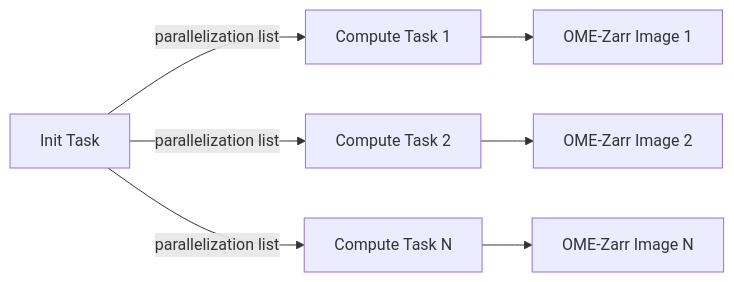
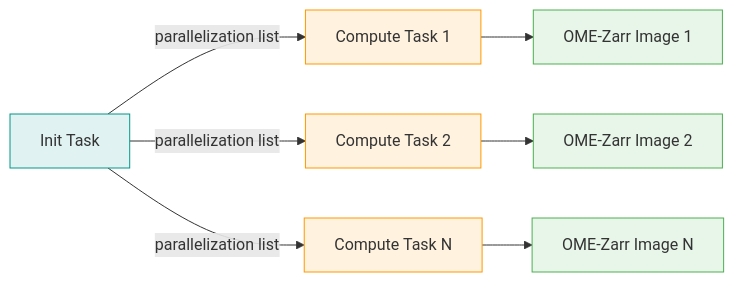
Before and after one commit to BioVisionCenter/ome-zarr-converters-tools: the diagram in docs/converters_as_fractal_tasks.md, drawn with Mermaid. The commit also changed 1 other file, not shown here.

Commit message:
update style

````diff
--- a/docs/converters_as_fractal_tasks.md
+++ b/docs/converters_as_fractal_tasks.md
@@ -17,9 +17,17 @@
 ```mermaid
 graph LR
     A[Init Task] -->|parallelization list| B[Compute Task 1]
     A -->|parallelization list| C[Compute Task 2]
     A -->|parallelization list| D[Compute Task N]
     B --> E[OME-Zarr Image 1]
     C --> F[OME-Zarr Image 2]
     D --> G[OME-Zarr Image N]
+
+    style A fill:#e0f2f1,stroke:#009688
+    style B fill:#fff3e0,stroke:#ff9800
+    style C fill:#fff3e0,stroke:#ff9800
+    style D fill:#fff3e0,stroke:#ff9800
+    style E fill:#e8f5e9,stroke:#4caf50
+    style F fill:#e8f5e9,stroke:#4caf50
+    style G fill:#e8f5e9,stroke:#4caf50
 ```
````
